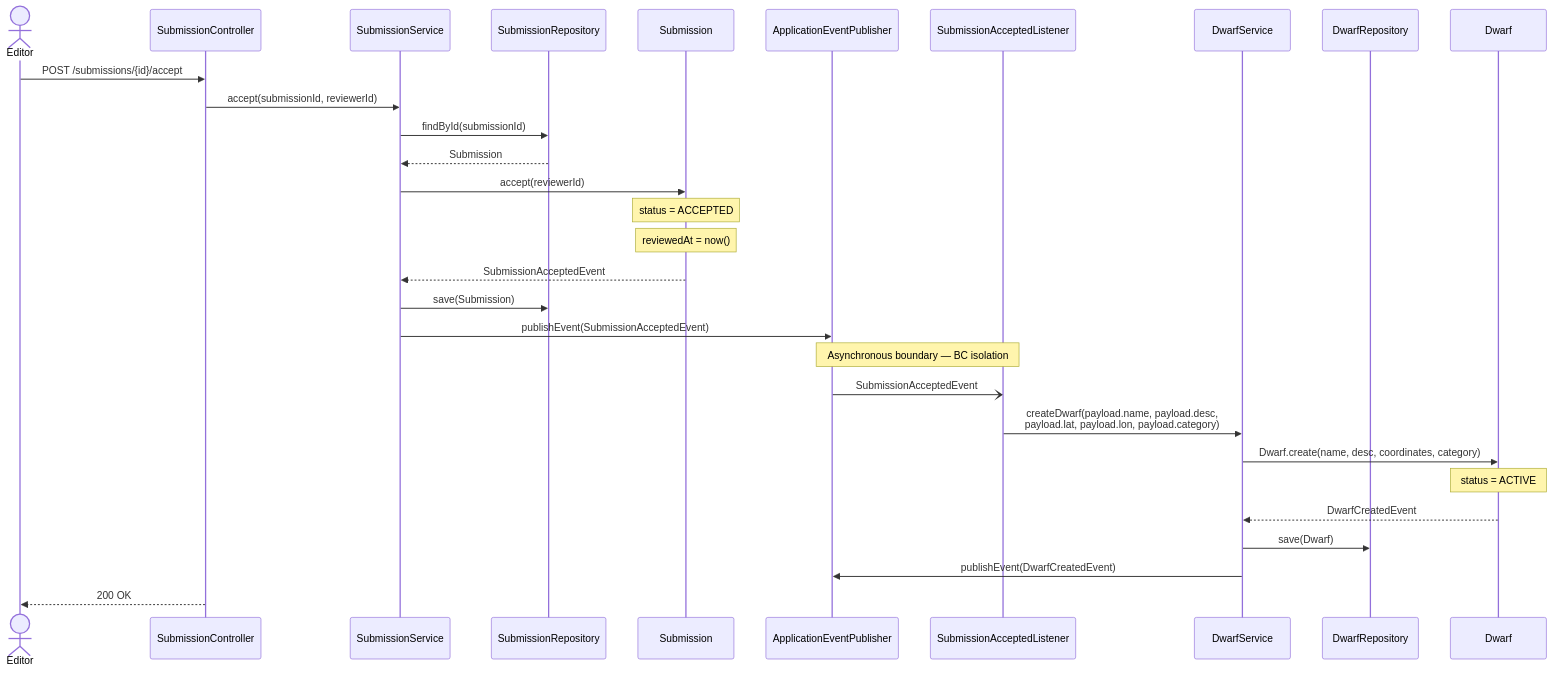
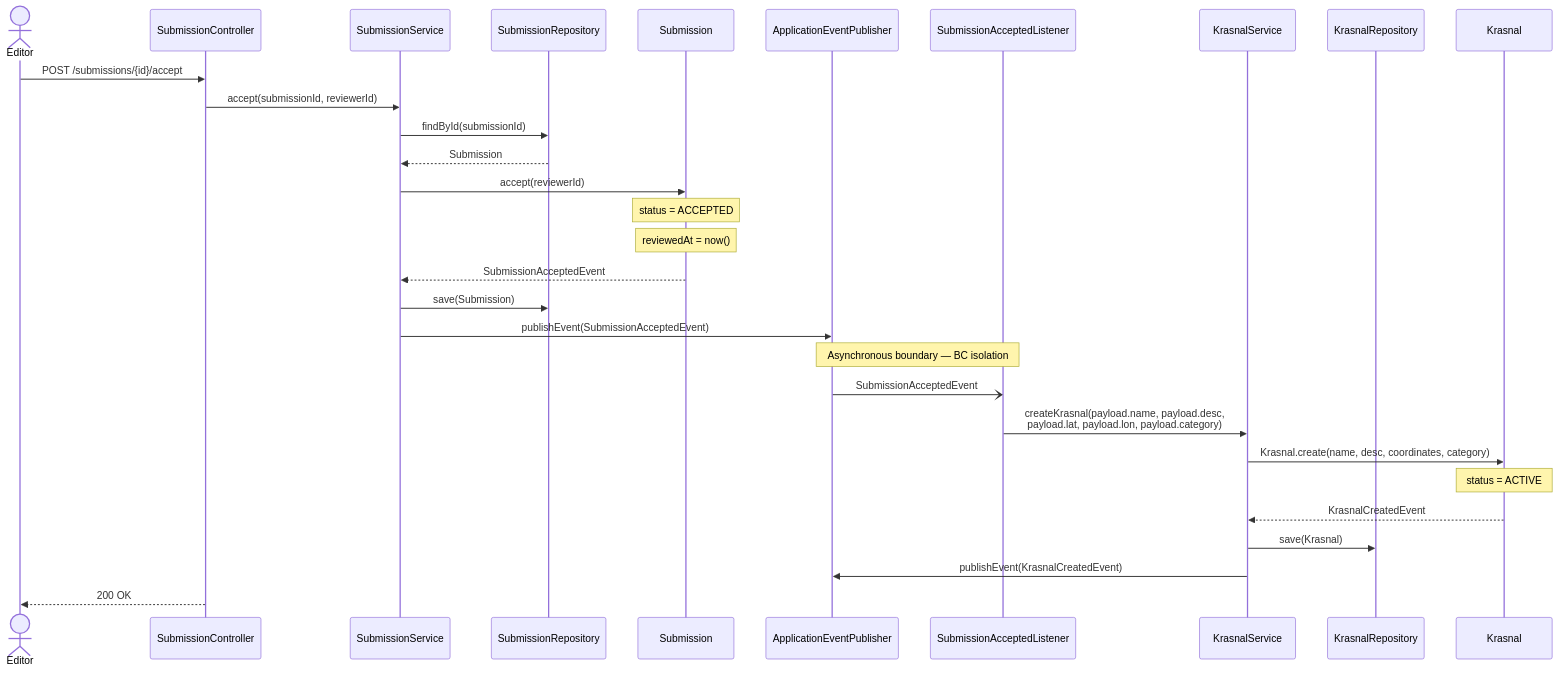
Before and after one commit to N3cro0o/MiASI-project-part-2: the sixth of 9 diagrams in plans/02-tactical.md, drawn with Mermaid. The commit also changed other lines of this file and 1 other file, not shown here.

Commit message:
refactor: rename User role to Wanderer and add administrative direct-create feature to strategic and tactical plans

````diff
--- a/plans/02-tactical.md
+++ b/plans/02-tactical.md
@@ -554,38 +559,38 @@
 ```mermaid
 sequenceDiagram
     actor Editor
     participant SC as SubmissionController
     participant SS as SubmissionService
     participant SR as SubmissionRepository
     participant SUB as Submission
     participant PUB as ApplicationEventPublisher
     participant SAL as SubmissionAcceptedListener
-    participant DS as DwarfService
-    participant DR as DwarfRepository
-    participant DW as Dwarf
+    participant DS as KrasnalService
+    participant DR as KrasnalRepository
+    participant DW as Krasnal
 
     Editor->>SC: POST /submissions/{id}/accept
     SC->>SS: accept(submissionId, reviewerId)
     SS->>SR: findById(submissionId)
     SR-->>SS: Submission
 
     SS->>SUB: accept(reviewerId)
     Note over SUB: status = ACCEPTED
     Note over SUB: reviewedAt = now()
     SUB-->>SS: SubmissionAcceptedEvent
 
     SS->>SR: save(Submission)
     SS->>PUB: publishEvent(SubmissionAcceptedEvent)
 
     Note over PUB,SAL: Asynchronous boundary — BC isolation
     PUB-)SAL: SubmissionAcceptedEvent
 
-    SAL->>DS: createDwarf(payload.name, payload.desc,<br/>payload.lat, payload.lon, payload.category)
-    DS->>DW: Dwarf.create(name, desc, coordinates, category)
+    SAL->>DS: createKrasnal(payload.name, payload.desc,<br/>payload.lat, payload.lon, payload.category)
+    DS->>DW: Krasnal.create(name, desc, coordinates, category)
     Note over DW: status = ACTIVE
-    DW-->>DS: DwarfCreatedEvent
-    DS->>DR: save(Dwarf)
-    DS->>PUB: publishEvent(DwarfCreatedEvent)
+    DW-->>DS: KrasnalCreatedEvent
+    DS->>DR: save(Krasnal)
+    DS->>PUB: publishEvent(KrasnalCreatedEvent)
 
     SC-->>Editor: 200 OK
 ```
````
